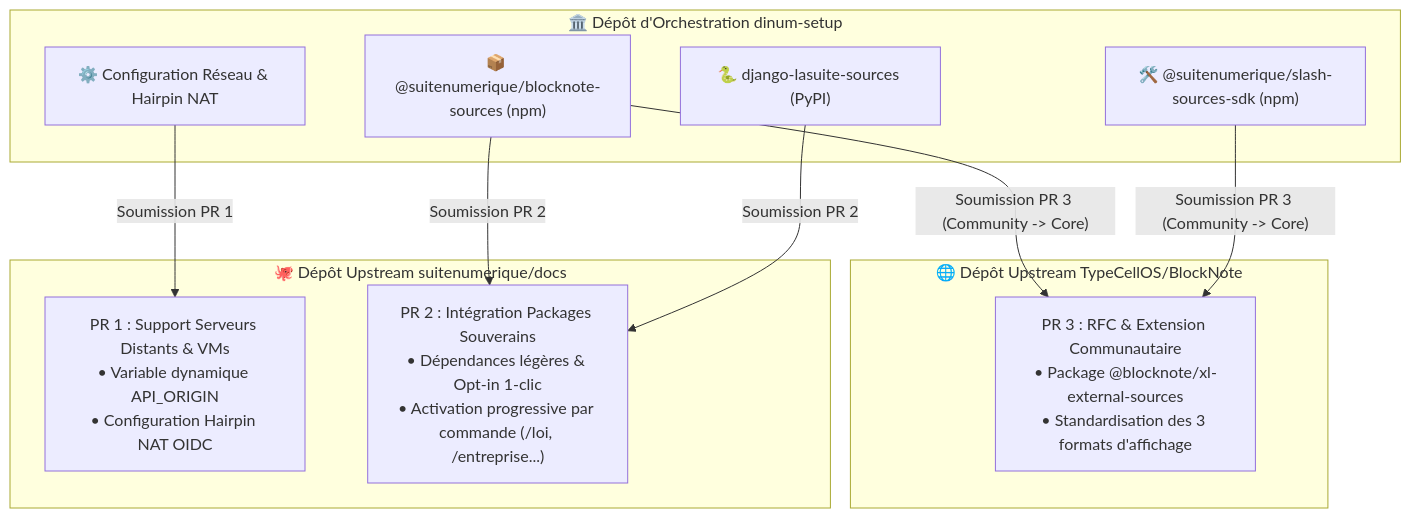
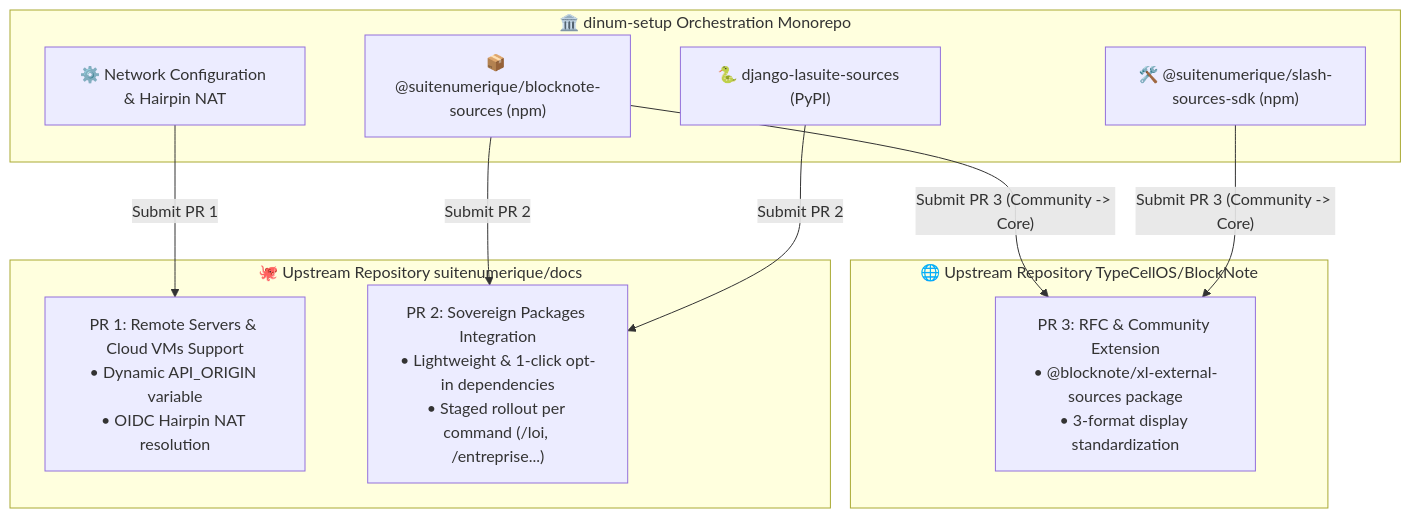
One commit to waxland/dinum-setup changed the diagram in PR/README.md. Above: the diagram before and after it, drawn with Mermaid. The commit also changed other lines of this file and 77 other files, not shown here.

````diff
--- a/PR/README.md
+++ b/PR/README.md
@@ -46,22 +46,22 @@
 ```mermaid
 flowchart TD
-    subgraph DinumSetup["🏛️ Dépôt d'Orchestration dinum-setup"]
+    subgraph DinumSetup["🏛️ dinum-setup Orchestration Monorepo"]
         Pkg_Py["🐍 django-lasuite-sources (PyPI)"]
         Pkg_UI["📦 @suitenumerique/blocknote-sources (npm)"]
         Pkg_SDK["🛠️ @suitenumerique/slash-sources-sdk (npm)"]
-        Dev_VM["⚙️ Configuration Réseau & Hairpin NAT"]
+        Dev_VM["⚙️ Network Configuration & Hairpin NAT"]
     end
 
-    subgraph RepoDocs["🐙 Dépôt Upstream suitenumerique/docs"]
-        PR1["PR 1 : Support Serveurs Distants & VMs<br/>• Variable dynamique API_ORIGIN<br/>• Configuration Hairpin NAT OIDC"]
-        PR2["PR 2 : Intégration Packages Souverains<br/>• Dépendances légères & Opt-in 1-clic<br/>• Activation progressive par commande (/loi, /entreprise...)"]
+    subgraph RepoDocs["🐙 Upstream Repository suitenumerique/docs"]
+        PR1["PR 1: Remote Servers & Cloud VMs Support<br/>• Dynamic API_ORIGIN variable<br/>• OIDC Hairpin NAT resolution"]
+        PR2["PR 2: Sovereign Packages Integration<br/>• Lightweight & 1-click opt-in dependencies<br/>• Staged rollout per command (/loi, /entreprise...)"]
     end
 
-    subgraph RepoBN["🌐 Dépôt Upstream TypeCellOS/BlockNote"]
-        PR3["PR 3 : RFC & Extension Communautaire<br/>• Package @blocknote/xl-external-sources<br/>• Standardisation des 3 formats d'affichage"]
+    subgraph RepoBN["🌐 Upstream Repository TypeCellOS/BlockNote"]
+        PR3["PR 3: RFC & Community Extension<br/>• @blocknote/xl-external-sources package<br/>• 3-format display standardization"]
     end
 
-    Dev_VM -->|"Soumission PR 1"| PR1
-    Pkg_Py & Pkg_UI -->|"Soumission PR 2"| PR2
-    Pkg_SDK & Pkg_UI -->|"Soumission PR 3 (Community -> Core)"| PR3
+    Dev_VM -->|"Submit PR 1"| PR1
+    Pkg_Py & Pkg_UI -->|"Submit PR 2"| PR2
+    Pkg_SDK & Pkg_UI -->|"Submit PR 3 (Community -> Core)"| PR3
 ```
````
